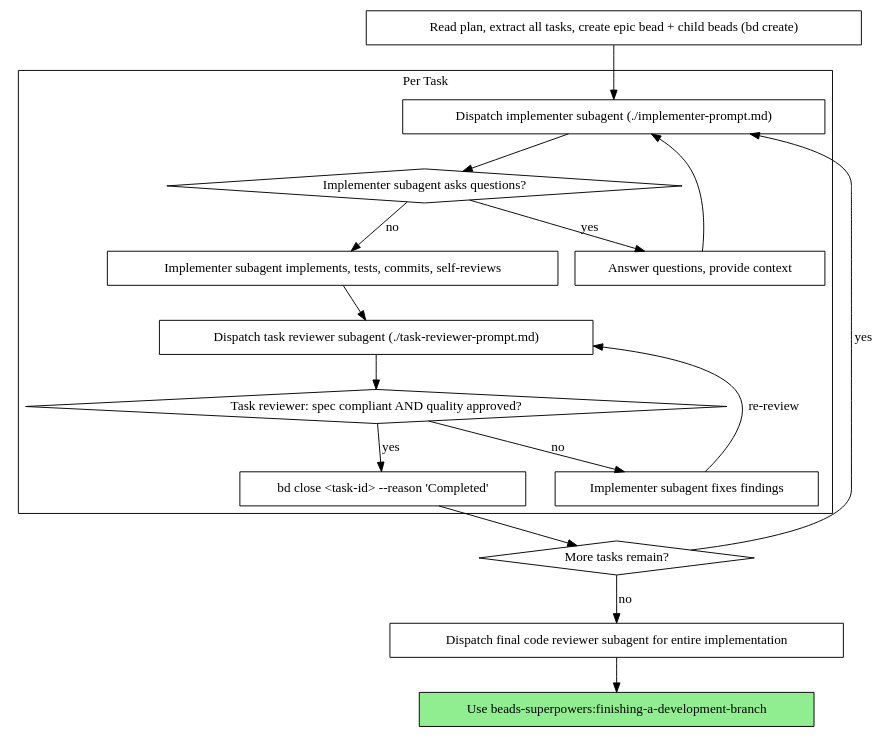
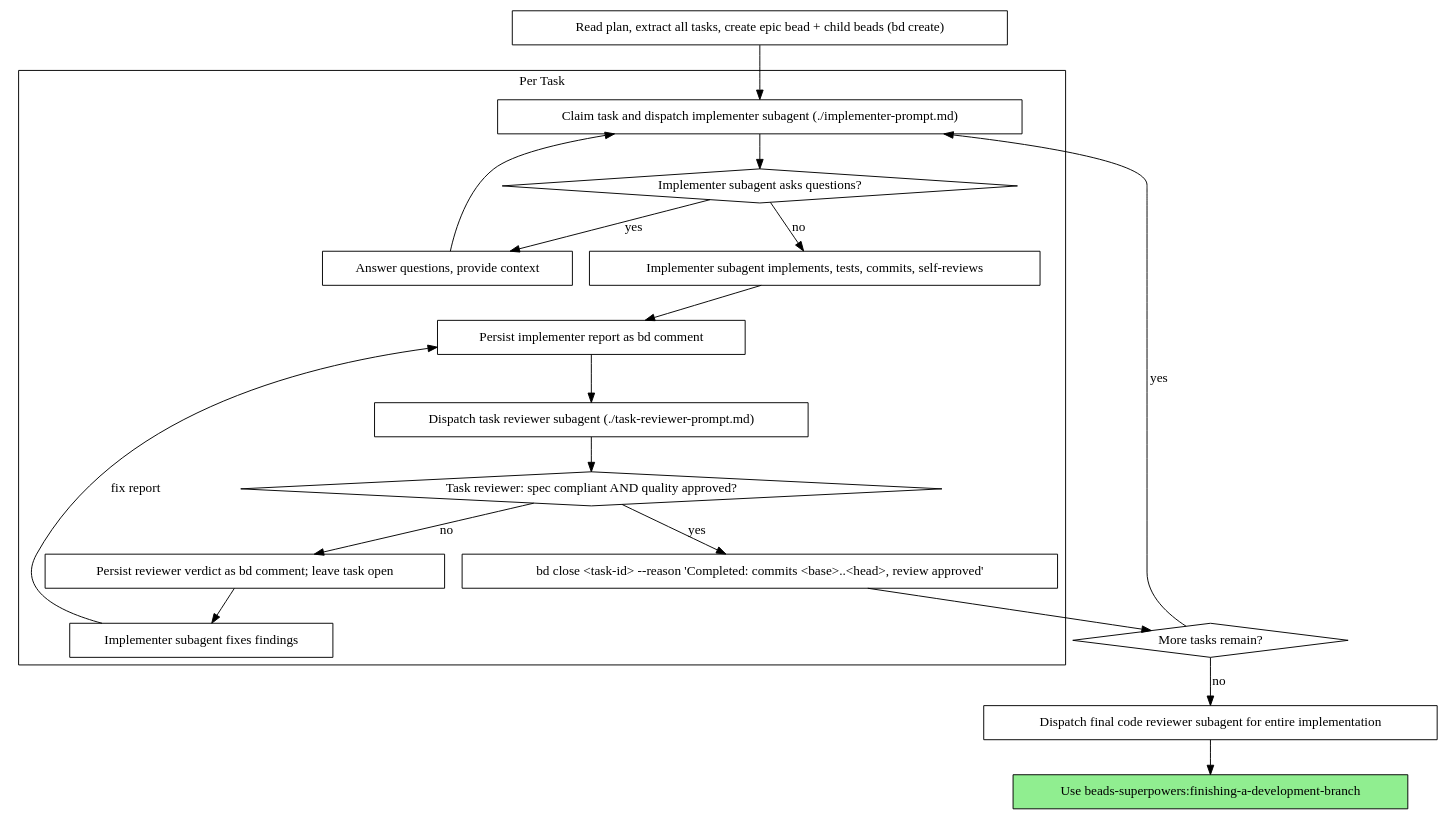
Before and after one commit to the-inconvenience-store/superbeads: the second of 3 diagrams in skills/subagent-driven-development/SKILL.md, drawn with Graphviz. The commit also changed other lines of this file and 5 other files, not shown here.

Commit message:
use bds for implementer and reviews

````diff
--- a/skills/subagent-driven-development/SKILL.md
+++ b/skills/subagent-driven-development/SKILL.md
@@ -55,37 +55,41 @@
 ```dot
 digraph process {
     rankdir=TB;
 
     subgraph cluster_per_task {
         label="Per Task";
-        "Dispatch implementer subagent (./implementer-prompt.md)" [shape=box];
+        "Claim task and dispatch implementer subagent (./implementer-prompt.md)" [shape=box];
         "Implementer subagent asks questions?" [shape=diamond];
         "Answer questions, provide context" [shape=box];
         "Implementer subagent implements, tests, commits, self-reviews" [shape=box];
+        "Persist implementer report as bd comment" [shape=box];
         "Dispatch task reviewer subagent (./task-reviewer-prompt.md)" [shape=box];
         "Task reviewer: spec compliant AND quality approved?" [shape=diamond];
+        "Persist reviewer verdict as bd comment; leave task open" [shape=box];
         "Implementer subagent fixes findings" [shape=box];
-        "bd close <task-id> --reason 'Completed'" [shape=box];
+        "bd close <task-id> --reason 'Completed: commits <base>..<head>, review approved'" [shape=box];
     }
 
     "Read plan, extract all tasks, create epic bead + child beads (bd create)" [shape=box];
     "More tasks remain?" [shape=diamond];
     "Dispatch final code reviewer subagent for entire implementation" [shape=box];
     "Use beads-superpowers:finishing-a-development-branch" [shape=box style=filled fillcolor=lightgreen];
 
-    "Read plan, extract all tasks, create epic bead + child beads (bd create)" -> "Dispatch implementer subagent (./implementer-prompt.md)";
-    "Dispatch implementer subagent (./implementer-prompt.md)" -> "Implementer subagent asks questions?";
+    "Read plan, extract all tasks, create epic bead + child beads (bd create)" -> "Claim task and dispatch implementer subagent (./implementer-prompt.md)";
+    "Claim task and dispatch implementer subagent (./implementer-prompt.md)" -> "Implementer subagent asks questions?";
     "Implementer subagent asks questions?" -> "Answer questions, provide context" [label="yes"];
-    "Answer questions, provide context" -> "Dispatch implementer subagent (./implementer-prompt.md)";
+    "Answer questions, provide context" -> "Claim task and dispatch implementer subagent (./implementer-prompt.md)";
     "Implementer subagent asks questions?" -> "Implementer subagent implements, tests, commits, self-reviews" [label="no"];
-    "Implementer subagent implements, tests, commits, self-reviews" -> "Dispatch task reviewer subagent (./task-reviewer-prompt.md)";
+    "Implementer subagent implements, tests, commits, self-reviews" -> "Persist implementer report as bd comment";
+    "Persist implementer report as bd comment" -> "Dispatch task reviewer subagent (./task-reviewer-prompt.md)";
     "Dispatch task reviewer subagent (./task-reviewer-prompt.md)" -> "Task reviewer: spec compliant AND quality approved?";
-    "Task reviewer: spec compliant AND quality approved?" -> "Implementer subagent fixes findings" [label="no"];
-    "Implementer subagent fixes findings" -> "Dispatch task reviewer subagent (./task-reviewer-prompt.md)" [label="re-review"];
-    "Task reviewer: spec compliant AND quality approved?" -> "bd close <task-id> --reason 'Completed'" [label="yes"];
-    "bd close <task-id> --reason 'Completed'" -> "More tasks remain?";
-    "More tasks remain?" -> "Dispatch implementer subagent (./implementer-prompt.md)" [label="yes"];
+    "Task reviewer: spec compliant AND quality approved?" -> "Persist reviewer verdict as bd comment; leave task open" [label="no"];
+    "Persist reviewer verdict as bd comment; leave task open" -> "Implementer subagent fixes findings";
+    "Implementer subagent fixes findings" -> "Persist implementer report as bd comment" [label="fix report"];
+    "Task reviewer: spec compliant AND quality approved?" -> "bd close <task-id> --reason 'Completed: commits <base>..<head>, review approved'" [label="yes"];
+    "bd close <task-id> --reason 'Completed: commits <base>..<head>, review approved'" -> "More tasks remain?";
+    "More tasks remain?" -> "Claim task and dispatch implementer subagent (./implementer-prompt.md)" [label="yes"];
     "More tasks remain?" -> "Dispatch final code reviewer subagent for entire implementation" [label="no"];
     "Dispatch final code reviewer subagent for entire implementation" -> "Use beads-superpowers:finishing-a-development-branch";
 }
 ```
````
